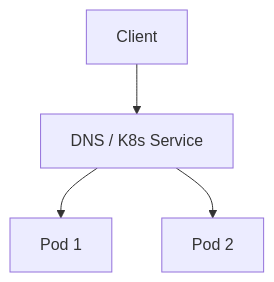
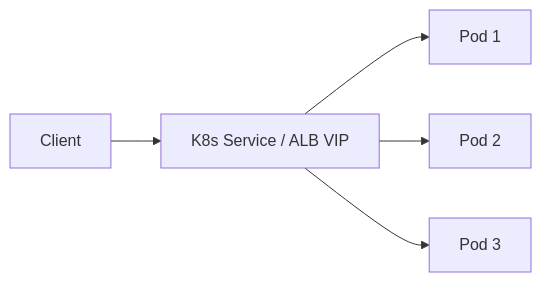
Before and after one commit to hareramcse/SystemDesign: diagram 16 of 29 in 08-microservices/README.md, drawn with Mermaid. The commit also changed other lines of this file and 5 other files, not shown here.

````diff
--- a/08-microservices/README.md
+++ b/08-microservices/README.md
@@ -812,6 +833,7 @@
 ```mermaid
-flowchart TB
-    Client --> DNS[DNS / K8s Service]
-    DNS --> P1[Pod 1]
-    DNS --> P2[Pod 2]
+flowchart LR
+    C[Client] --> VIP[K8s Service / ALB VIP]
+    VIP --> P1[Pod 1]
+    VIP --> P2[Pod 2]
+    VIP --> P3[Pod 3]
 ```
````
